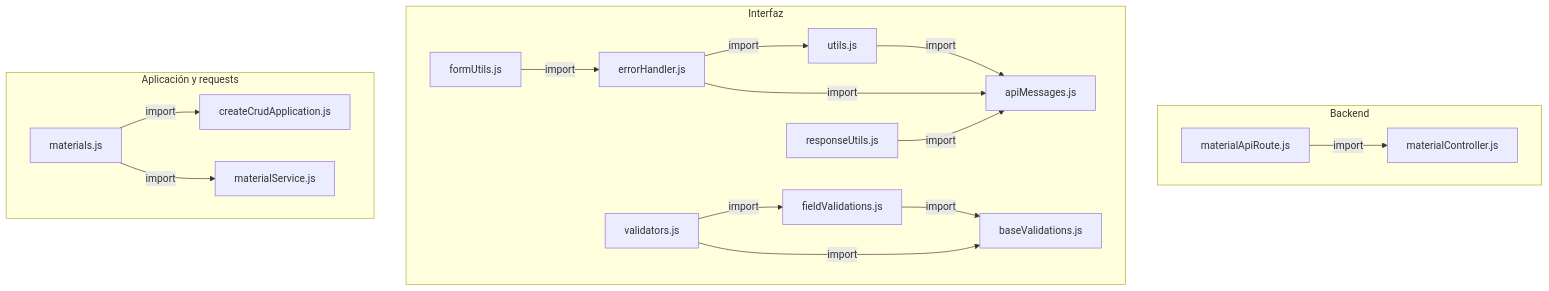
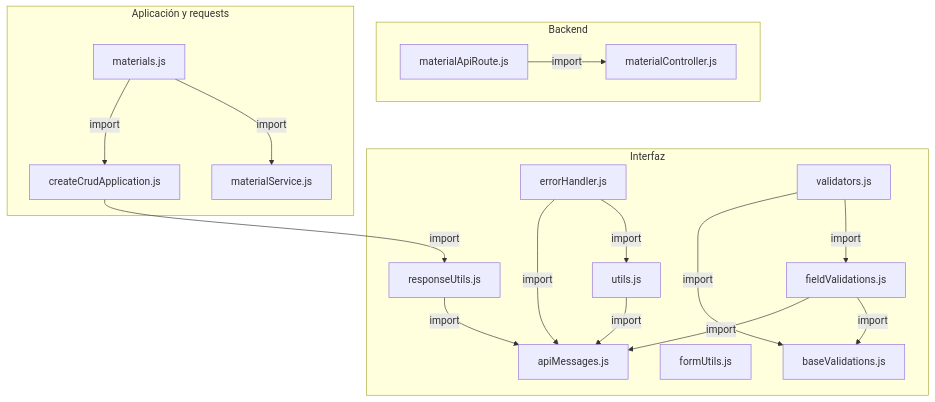
One commit to gpgsistemas01/nexus changed the first of 2 diagrams in docs/architecture/views/processes/frontend-code-sequences/catalogs/cu-alm-03.md. Above: the diagram before and after it, drawn with Mermaid. The commit also changed 200 other files, not shown here.

````diff
--- a/docs/architecture/views/processes/frontend-code-sequences/catalogs/cu-alm-03.md
+++ b/docs/architecture/views/processes/frontend-code-sequences/catalogs/cu-alm-03.md
@@ -50,33 +50,34 @@
 ```mermaid
 flowchart TB
     subgraph Component0["Backend"]
         FileMaterialController["materialController.js"]
         Transport["materialApiRoute.js"]
     end
     subgraph Component1["Interfaz"]
         FileUtils["utils.js"]
         FileApiMessages["apiMessages.js"]
         FormUtils["formUtils.js"]
         FileErrorHandler["errorHandler.js"]
         FileResponseUtils["responseUtils.js"]
         FileBaseValidations["baseValidations.js"]
         FileFieldValidations["fieldValidations.js"]
         FileValidators["validators.js"]
     end
     subgraph Component2["Aplicación y requests"]
         Application["createCrudApplication.js"]
         FileMaterials["materials.js"]
         Request["materialService.js"]
     end
-    FileUtils -->|import| FileApiMessages
-    FileMaterials -->|import| Request
-    FileMaterials -->|import| Application
-    FormUtils -->|import| FileErrorHandler
+    Application -->|import| FileResponseUtils
     FileErrorHandler -->|import| FileApiMessages
     FileErrorHandler -->|import| FileUtils
+    FileFieldValidations -->|import| FileApiMessages
+    FileFieldValidations -->|import| FileBaseValidations
+    FileMaterials -->|import| Application
+    FileMaterials -->|import| Request
     FileResponseUtils -->|import| FileApiMessages
-    FileFieldValidations -->|import| FileBaseValidations
+    FileUtils -->|import| FileApiMessages
     FileValidators -->|import| FileBaseValidations
     FileValidators -->|import| FileFieldValidations
     Transport -->|import| FileMaterialController
 ```
````
